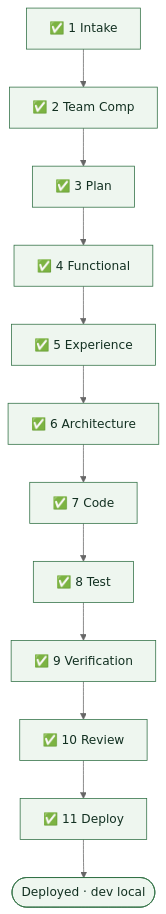
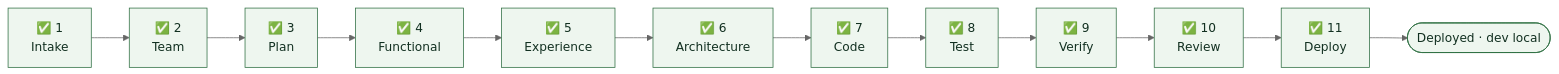
The fifth of 7 diagrams in admin/samples/PIPELINE_WALKTHROUGH.md (tandonakhil/AICluadeCode), drawn with Mermaid (neutral theme) before and after one commit. The commit also changed other lines of this file and 7 other files, not shown here.

First line of the commit message:
Pipeline visibility: /ProjectStatus, portfolio graphs, LR layout, mandatory report-out

````diff
--- a/admin/samples/PIPELINE_WALKTHROUGH.md
+++ b/admin/samples/PIPELINE_WALKTHROUGH.md
@@ -322,10 +322,10 @@
 ```mermaid
-flowchart TD
-  G1["✅ 1 Intake"] --> G2["✅ 2 Team Comp"] --> G3["✅ 3 Plan"] --> G4["✅ 4 Functional"]
-  G4 --> G5["✅ 5 Experience"] --> G6["✅ 6 Architecture"] --> G7["✅ 7 Code"]
-  G7 --> G8["✅ 8 Test"] --> G9["✅ 9 Verification"] --> G10["✅ 10 Review"] --> G11["✅ 11 Deploy"]
+flowchart LR
+  G1["✅ 1<br/>Intake"] --> G2["✅ 2<br/>Team"] --> G3["✅ 3<br/>Plan"] --> G4["✅ 4<br/>Functional"]
+  G4 --> G5["✅ 5<br/>Experience"] --> G6["✅ 6<br/>Architecture"] --> G7["✅ 7<br/>Code"]
+  G7 --> G8["✅ 8<br/>Test"] --> G9["✅ 9<br/>Verify"] --> G10["✅ 10<br/>Review"] --> G11["✅ 11<br/>Deploy"]
   G11 --> DONE(["Deployed · dev local"])
 
   classDef done fill:#eef6ef,stroke:#2f6f43,color:#123021
   class G1,G2,G3,G4,G5,G6,G7,G8,G9,G10,G11,DONE done
 ```
````
